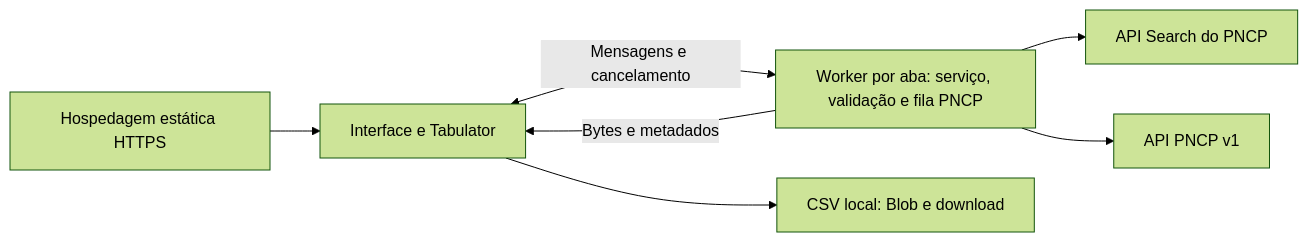
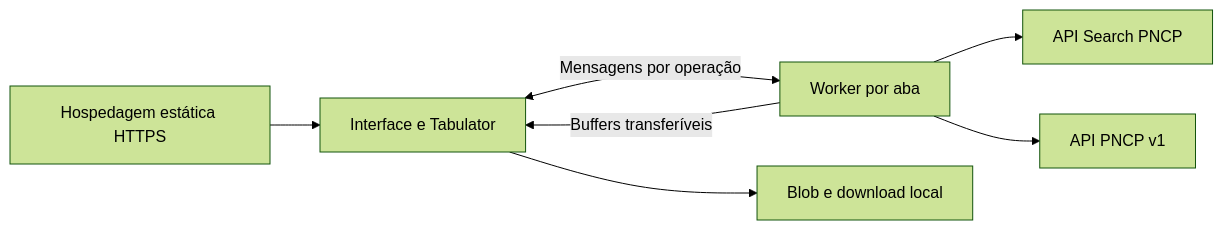
The diagram in docs/viabilidade-browser.md (victorgmbraga/compras-web), drawn with Mermaid (forest theme) before and after one commit. The commit also changed other lines of this file and 50 other files, not shown here.

Commit message:
feat: run PNCP application in browser with static build and Worker

````diff
--- a/docs/viabilidade-browser.md
+++ b/docs/viabilidade-browser.md
@@ -51,9 +9,9 @@
 ```mermaid
 flowchart LR
     Static[Hospedagem estática HTTPS] --> UI[Interface e Tabulator]
-    UI <-->|Mensagens e cancelamento| Worker["Worker por aba: serviço, validação e fila PNCP"]
-    Worker --> Search[API Search do PNCP]
+    UI <-->|Mensagens por operação| Worker[Worker por aba]
+    Worker --> Search[API Search PNCP]
     Worker --> Details[API PNCP v1]
-    Worker -->|Bytes e metadados| UI
-    UI --> CSV["CSV local: Blob e download"]
+    Worker -->|Buffers transferíveis| UI
+    UI --> CSV[Blob e download local]
 ```
````
